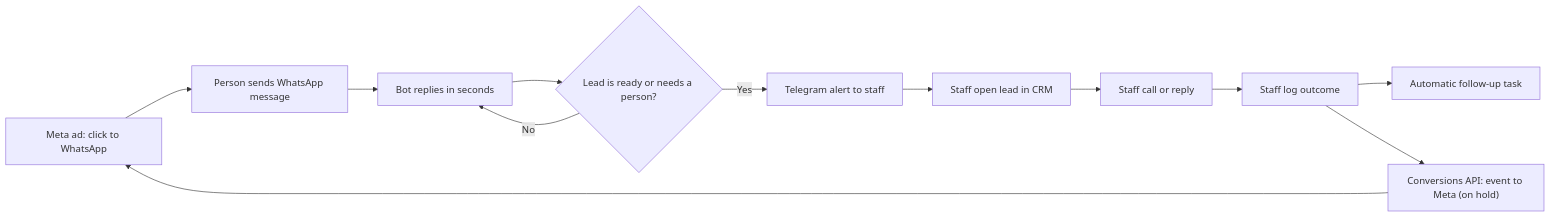
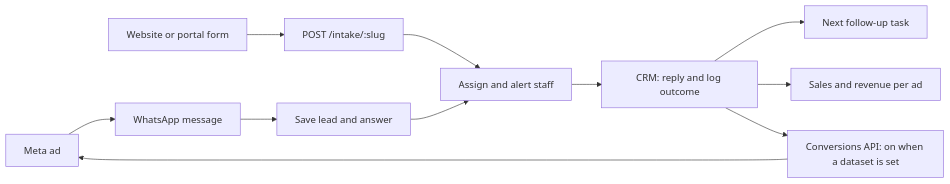
The first of 15 diagrams in docs/SYSTEM_MAP.md (kaamilstudiesig/GKF-WA), drawn with Mermaid before and after one commit. The commit also changed other lines of this file, not shown here.

````diff
--- a/docs/SYSTEM_MAP.md
+++ b/docs/SYSTEM_MAP.md
@@ -10,14 +15,13 @@
 ```mermaid
 flowchart LR
-  A["Meta ad: click to WhatsApp"] --> B["Person sends WhatsApp message"]
-  B --> C["Bot replies in seconds"]
-  C --> D{"Lead is ready or needs a person?"}
-  D -- "No" --> C
-  D -- "Yes" --> E["Telegram alert to staff"]
-  E --> F["Staff open lead in CRM"]
-  F --> G["Staff call or reply"]
-  G --> H["Staff log outcome"]
-  H --> I["Automatic follow-up task"]
-  H --> J["Conversions API: event to Meta (on hold)"]
-  J --> A
+  AD["Meta ad"] --> WA["WhatsApp message"]
+  FORM["Website or portal form"] --> IN["POST /intake/:slug"]
+  WA --> BOT["Save lead and answer"]
+  IN --> STAFF["Assign and alert staff"]
+  BOT --> STAFF
+  STAFF --> CRM["CRM: reply and log outcome"]
+  CRM --> TASK["Next follow-up task"]
+  CRM --> REPORT["Sales and revenue per ad"]
+  CRM --> CAPI["Conversions API: on when a dataset is set"]
+  CAPI --> AD
 ```
````
